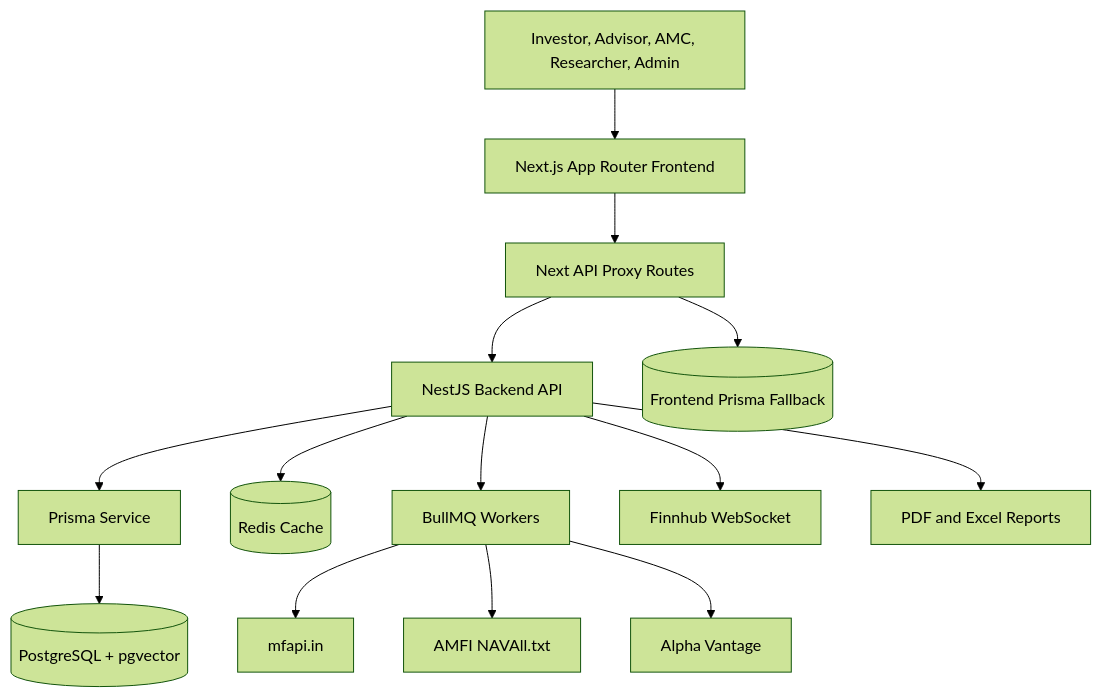
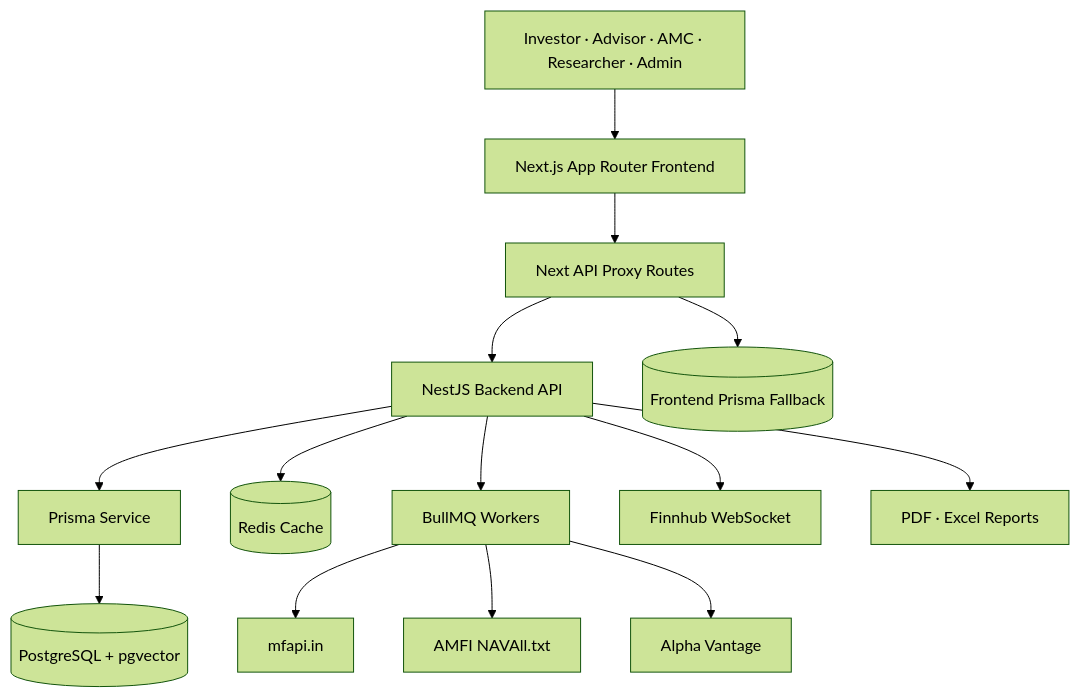
Before and after one commit to varunsahukar/Lumina: the first of 2 diagrams in README.md, drawn with Mermaid (forest theme). The commit also changed other lines of this file, not shown here.

````diff
--- a/README.md
+++ b/README.md
@@ -21,16 +38,16 @@
 ```mermaid
 flowchart TD
-  User[Investor, Advisor, AMC, Researcher, Admin] --> Next[Next.js App Router Frontend]
+  User[Investor · Advisor · AMC · Researcher · Admin] --> Next[Next.js App Router Frontend]
   Next --> Proxy[Next API Proxy Routes]
   Proxy --> Nest[NestJS Backend API]
   Proxy --> LocalDb[(Frontend Prisma Fallback)]
   Nest --> Prisma[Prisma Service]
   Prisma --> Postgres[(PostgreSQL + pgvector)]
   Nest --> Redis[(Redis Cache)]
   Nest --> Queue[BullMQ Workers]
   Queue --> MFAPI[mfapi.in]
   Queue --> AMFI[AMFI NAVAll.txt]
   Queue --> Alpha[Alpha Vantage]
   Nest --> Finnhub[Finnhub WebSocket]
-  Nest --> Reports[PDF and Excel Reports]
+  Nest --> Reports[PDF · Excel Reports]
 ```
````
